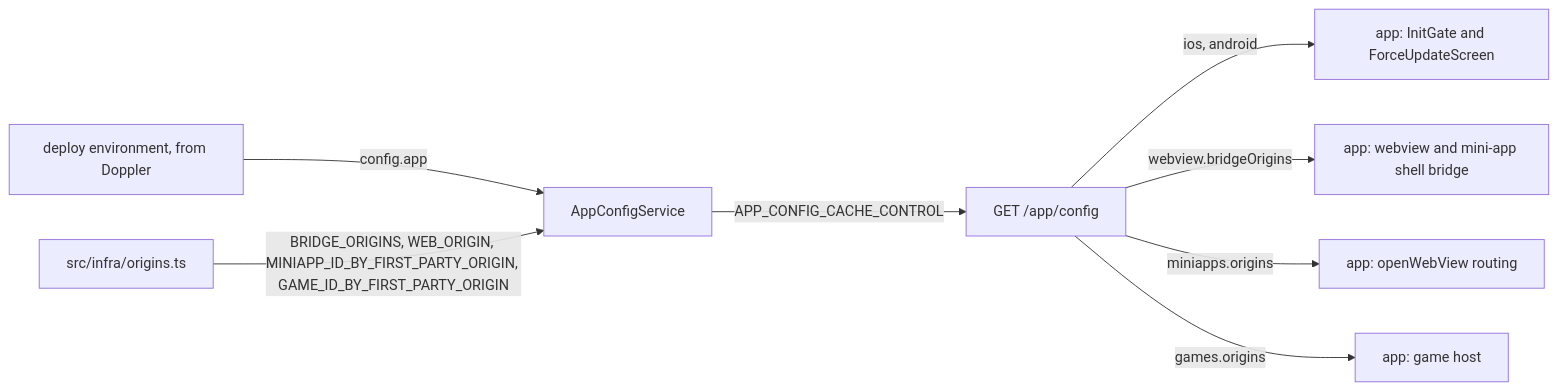
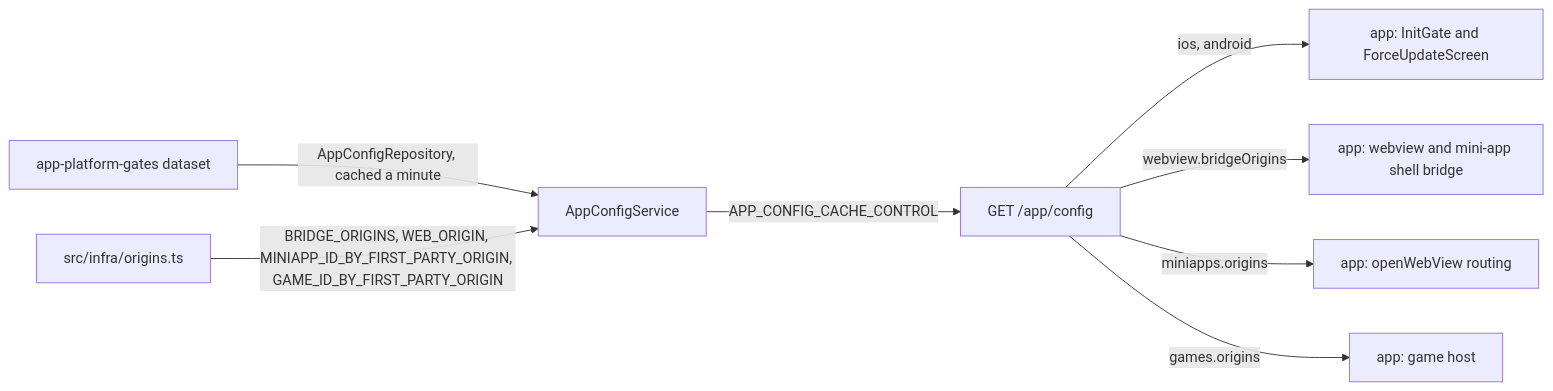
One commit to skkuverse/skkuverse-server changed the diagram in docs/explanation/app-config-architecture.md. Above: the diagram before and after it, drawn with Mermaid. The commit also changed other lines of this file and 23 other files, not shown here.

Commit message:
feat(app-config): read the platform gates from the app-platform-gates dataset

````diff
--- a/docs/explanation/app-config-architecture.md
+++ b/docs/explanation/app-config-architecture.md
@@ -40,10 +40,10 @@
 ```mermaid
 flowchart LR
-  env["deploy environment, from Doppler"] -->|config.app| svc["AppConfigService"]
+  dataset["app-platform-gates dataset"] -->|AppConfigRepository, cached a minute| svc["AppConfigService"]
   origins["src/infra/origins.ts"] -->|BRIDGE_ORIGINS, WEB_ORIGIN, MINIAPP_ID_BY_FIRST_PARTY_ORIGIN, GAME_ID_BY_FIRST_PARTY_ORIGIN| svc
   svc -->|APP_CONFIG_CACHE_CONTROL| route["GET /app/config"]
   route -->|ios, android| gate["app: InitGate and ForceUpdateScreen"]
   route -->|webview.bridgeOrigins| bridge["app: webview and mini-app shell bridge"]
   route -->|miniapps.origins| open["app: openWebView routing"]
   route -->|games.origins| games["app: game host"]
 ```
````
